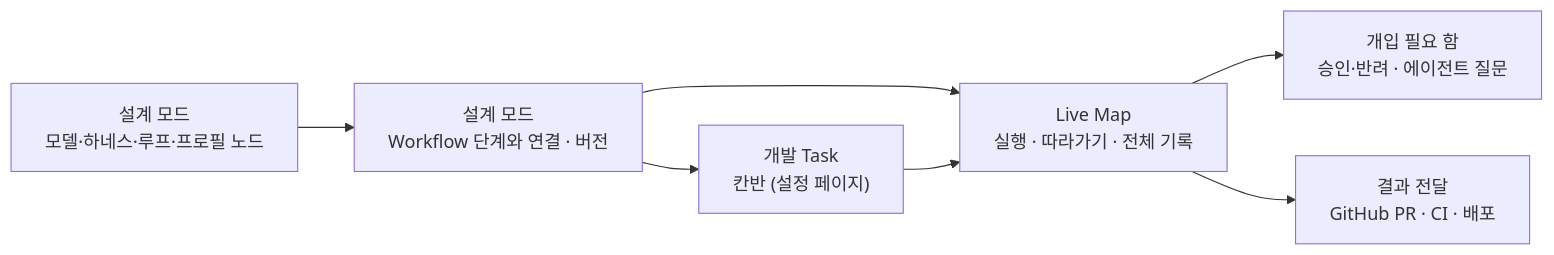
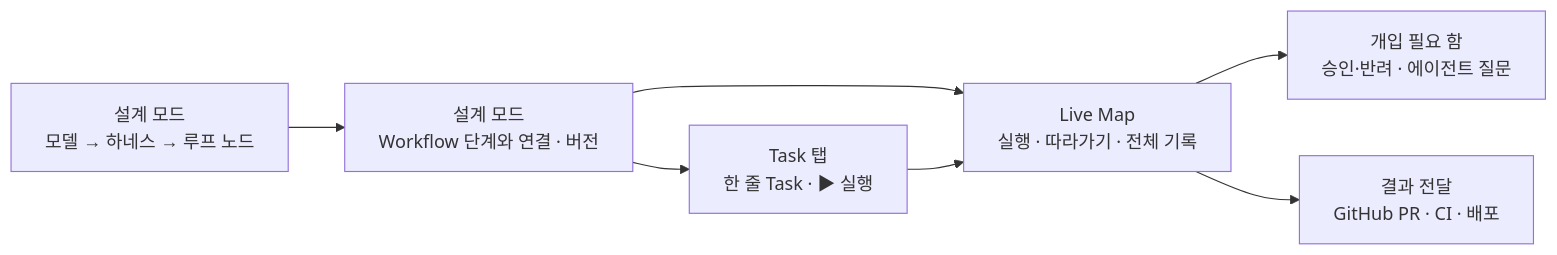
One commit to thdrmsqhd/omp-live-map changed the first of 3 diagrams in docs/guide/engineering.md. Above: the diagram before and after it, drawn with Mermaid. The commit also changed other lines of this file and 136 other files, not shown here.

````diff
--- a/docs/guide/engineering.md
+++ b/docs/guide/engineering.md
@@ -11,9 +13,9 @@
 ```mermaid
 flowchart LR
-  A["설계 모드<br/>모델·하네스·루프·프로필 노드"] --> E["설계 모드<br/>Workflow 단계와 연결 · 버전"]
-  E --> F["개발 Task<br/>칸반 (설정 페이지)"]
+  A["설계 모드<br/>모델 → 하네스 → 루프 노드"] --> E["설계 모드<br/>Workflow 단계와 연결 · 버전"]
+  E --> F["Task 탭<br/>한 줄 Task · ▶ 실행"]
   E --> G["Live Map<br/>실행 · 따라가기 · 전체 기록"]
   F --> G
   G --> I["개입 필요 함<br/>승인·반려 · 에이전트 질문"]
   G --> H["결과 전달<br/>GitHub PR · CI · 배포"]
 ```
````
